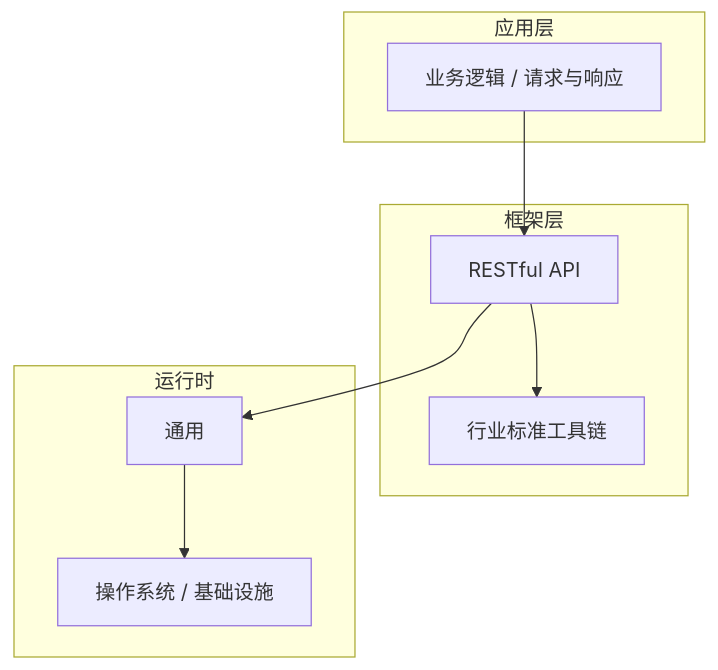
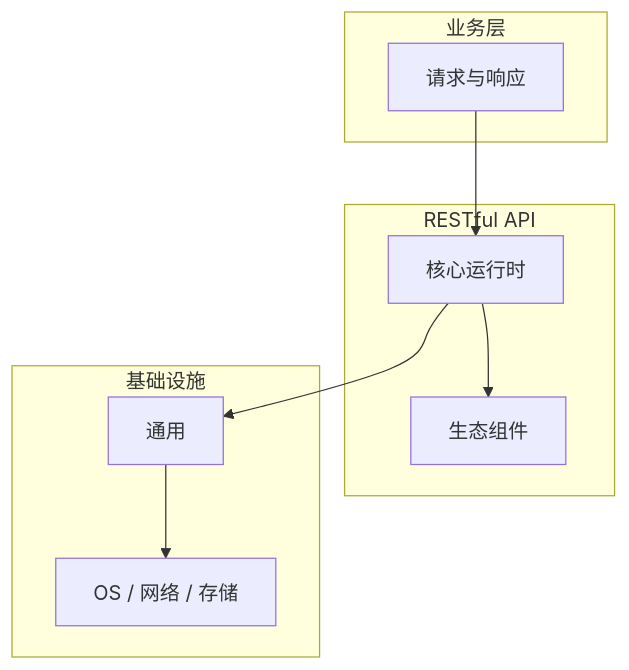
One commit to yanggan2015/knowledge-json-v2 changed the diagram in articles/RESTful API/chapters/031-请求与响应核心概念与原理.md. Above: the diagram before and after it, drawn with Mermaid. The commit also changed other lines of this file and 10127 other files, not shown here.

````diff
--- a/articles/RESTful API/chapters/031-请求与响应核心概念与原理.md
+++ b/articles/RESTful API/chapters/031-请求与响应核心概念与原理.md
@@ -45,18 +34,18 @@
 ```mermaid
 graph TB
-    subgraph 应用层
-        A[业务逻辑 / 请求与响应]
+    subgraph 业务层
+        A[请求与响应]
     end
-    subgraph 框架层
-        B[RESTful API]
-        C[行业标准工具链]
+    subgraph RESTful API
+        B[核心运行时]
+        C[生态组件]
     end
-    subgraph 运行时
+    subgraph 基础设施
         D[通用]
-        E[操作系统 / 基础设施]
+        E[OS / 网络 / 存储]
     end
     A --> B
     B --> C
     B --> D
     D --> E
 ```
````
